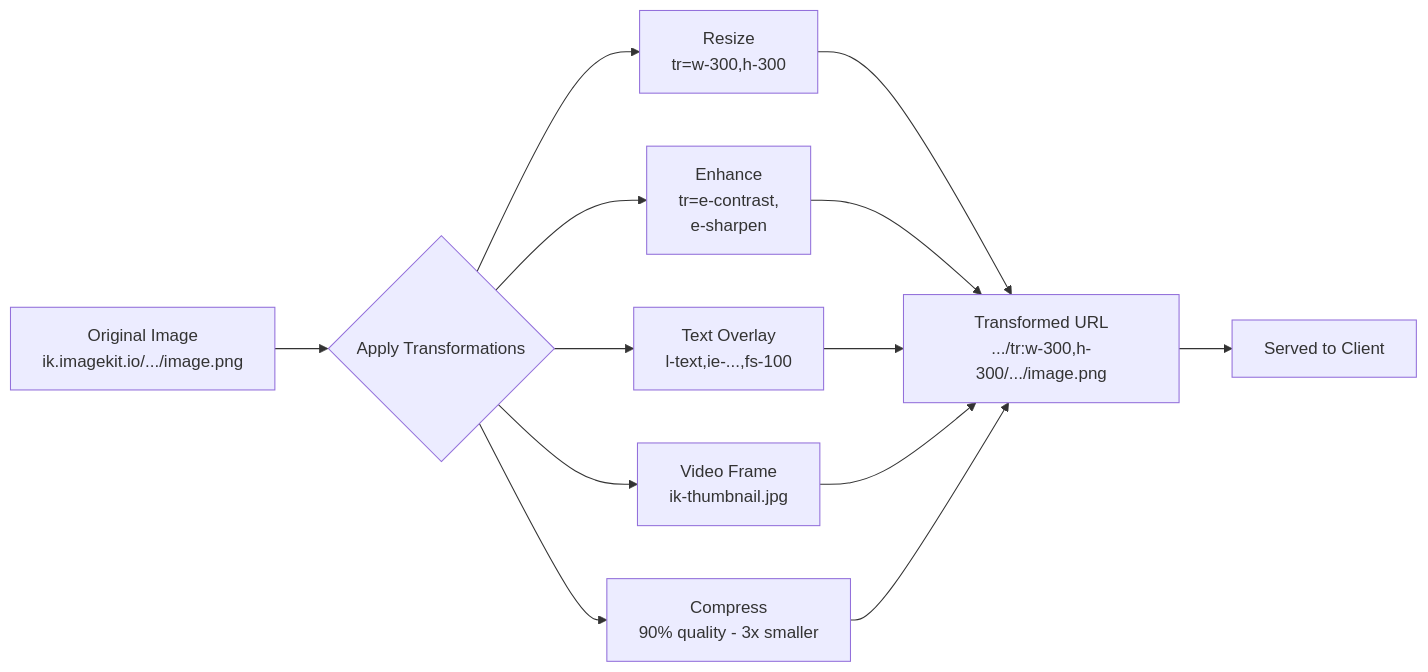
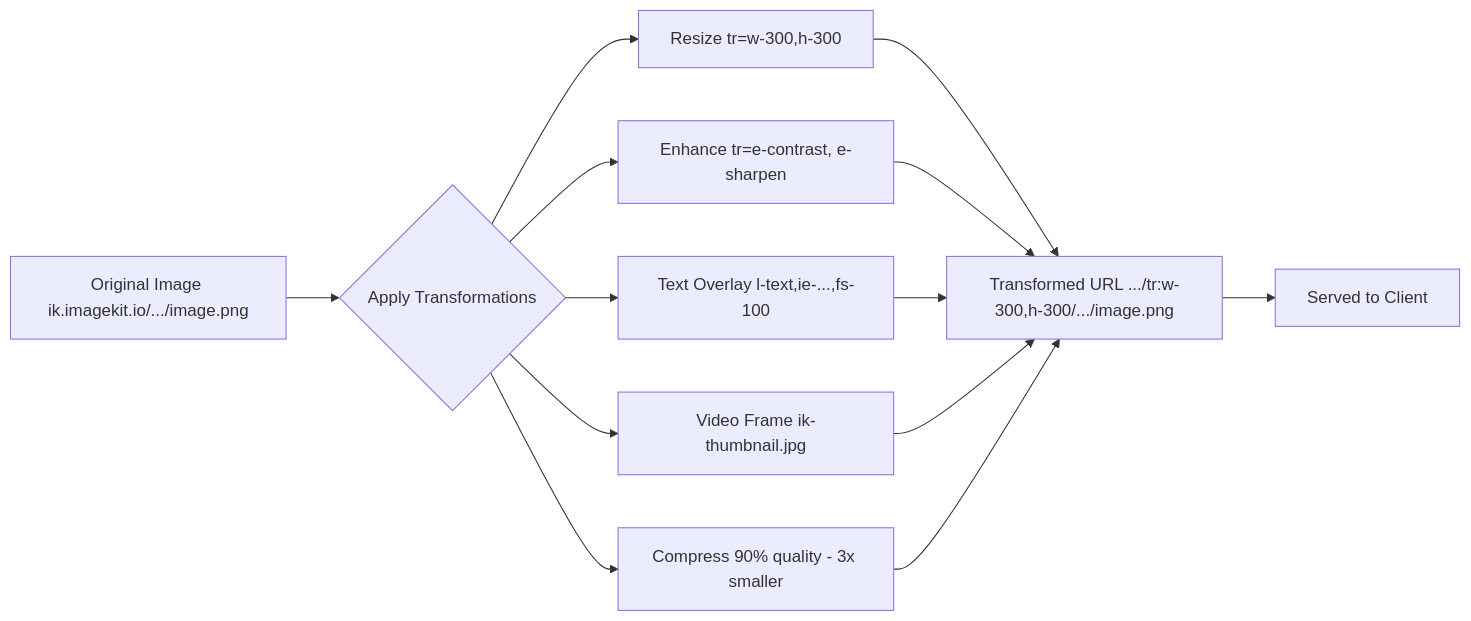
Diagram 17 of 18 in README.md (kintsugi-programmer/kintsugi-stack-fastapi), drawn with Mermaid before and after one commit. The commit also changed other lines of this file and 1 other file, not shown here.

Commit message:
fix: remove br tags from mermaid diagrams for v11 compatibility

````diff
--- a/README.md
+++ b/README.md
@@ -2101,15 +2101,15 @@
 ```mermaid
 flowchart LR
-    A[Original Image<br/>ik.imagekit.io/.../image.png] --> B{Apply Transformations}
-    B --> C[Resize<br/>tr=w-300,h-300]
-    B --> D[Enhance<br/>tr=e-contrast,<br/>e-sharpen]
-    B --> E[Text Overlay<br/>l-text,ie-...,fs-100]
-    B --> F[Video Frame<br/>ik-thumbnail.jpg]
-    B --> G[Compress<br/>90% quality - 3x smaller]
-    C --> H[Transformed URL<br/>.../tr:w-300,h-300/.../image.png]
+    A[Original Image ik.imagekit.io/.../image.png] --> B{Apply Transformations}
+    B --> C[Resize tr=w-300,h-300]
+    B --> D[Enhance tr=e-contrast, e-sharpen]
+    B --> E[Text Overlay l-text,ie-...,fs-100]
+    B --> F[Video Frame ik-thumbnail.jpg]
+    B --> G[Compress 90% quality - 3x smaller]
+    C --> H[Transformed URL .../tr:w-300,h-300/.../image.png]
     D --> H
     E --> H
     F --> H
     G --> H
     H --> I[Served to Client]
 ```
````
